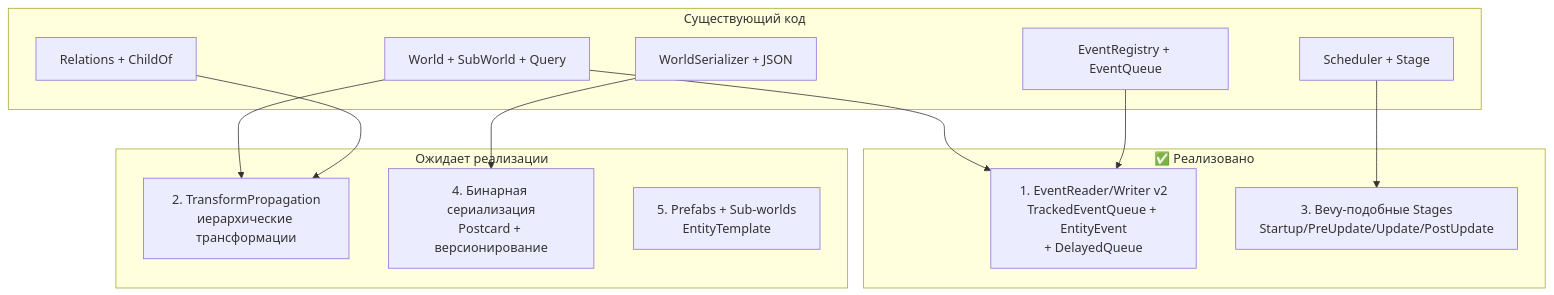
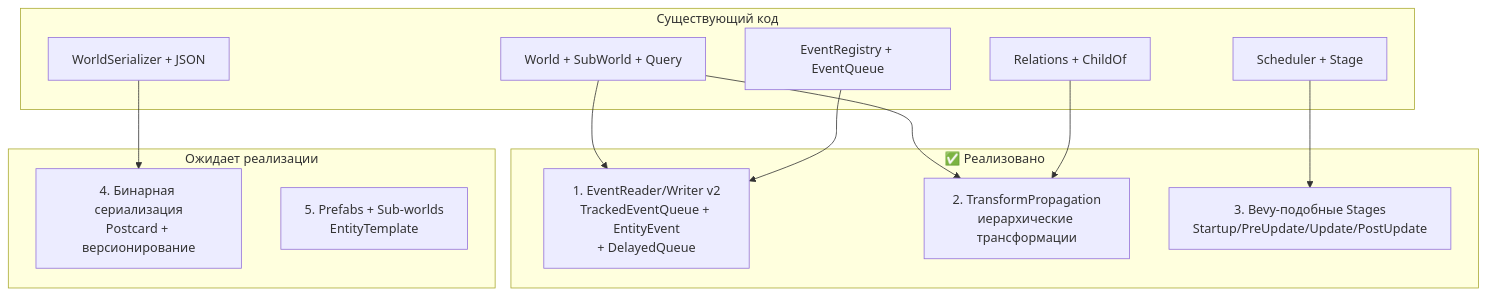
The first of 2 diagrams in plans/feature_plan.md (StanislavMal/apex-ecs), drawn with Mermaid before and after one commit. The commit also changed other lines of this file and 5 other files, not shown here.

````diff
--- a/plans/feature_plan.md
+++ b/plans/feature_plan.md
@@ -11,28 +11,28 @@
 ```mermaid
 graph TB
     subgraph "Существующий код"
         WC[World + SubWorld + Query]
         EV[EventRegistry + EventQueue]
         SCH[Scheduler + Stage]
         REL[Relations + ChildOf]
         SER[WorldSerializer + JSON]
     end
 
     subgraph "✅ Реализовано"
         F1["1. EventReader/Writer v2<br/>TrackedEventQueue + EntityEvent<br/>+ DelayedQueue"]
+        F2["2. TransformPropagation<br/>иерархические трансформации"]
         F3["3. Bevy-подобные Stages<br/>Startup/PreUpdate/Update/PostUpdate"]
     end
 
     subgraph "Ожидает реализации"
-        F2["2. TransformPropagation<br/>иерархические трансформации"]
         F4["4. Бинарная сериализация<br/>Postcard + версионирование"]
         F5["5. Prefabs + Sub-worlds<br/>EntityTemplate"]
     end
 
     WC --> F1
     WC --> F2
     EV --> F1
     SCH --> F3
     REL --> F2
     SER --> F4
 ```
````
